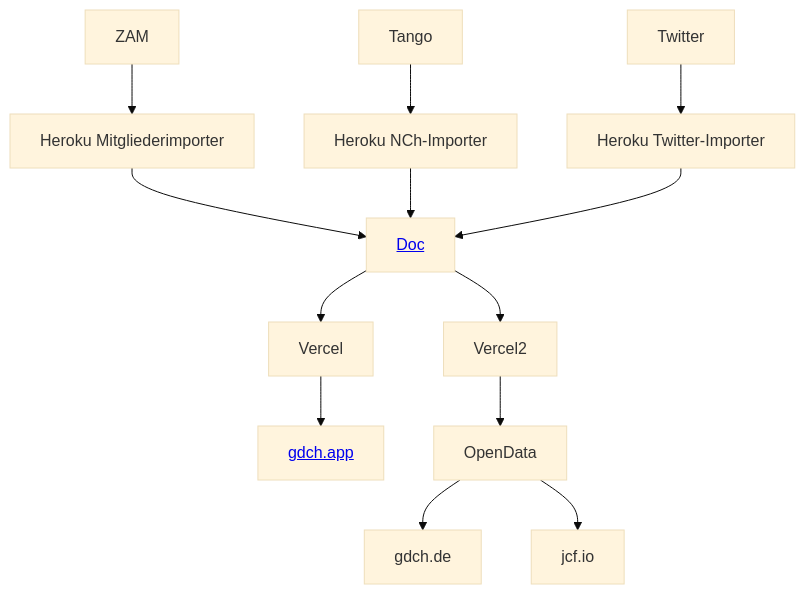
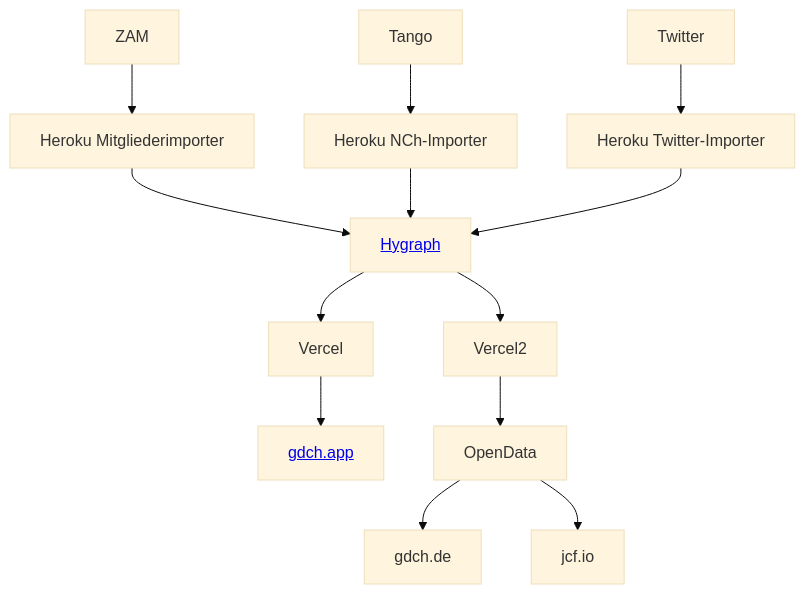
One commit to GDCh-de/docs changed the diagram in infrastructure.md. Above: the diagram before and after it, drawn with Mermaid (base theme).

````diff
--- a/infrastructure.md
+++ b/infrastructure.md
@@ -3,9 +3,9 @@
 ```mermaid
 graph TD;
-  Hygraph[<a href='hygraph.md'>Doc</a>] --> Vercel --> App[<a href='https://gdch.app'>gdch.app</a>];
+  Hygraph[<a href='hygraph.md'>Hygraph</a>] --> Vercel --> App[<a href='https://gdch.app'>gdch.app</a>];
   ZAM --> Heroku1[Heroku Mitgliederimporter] --> Hygraph;
   Tango --> Heroku2[Heroku NCh-Importer] --> Hygraph;
   Twitter --> Heroku3[Heroku Twitter-Importer] --> Hygraph;
   Hygraph --> Vercel2 --> OpenData --> gdch.de;
   OpenData --> jcf.io
 ```
````
